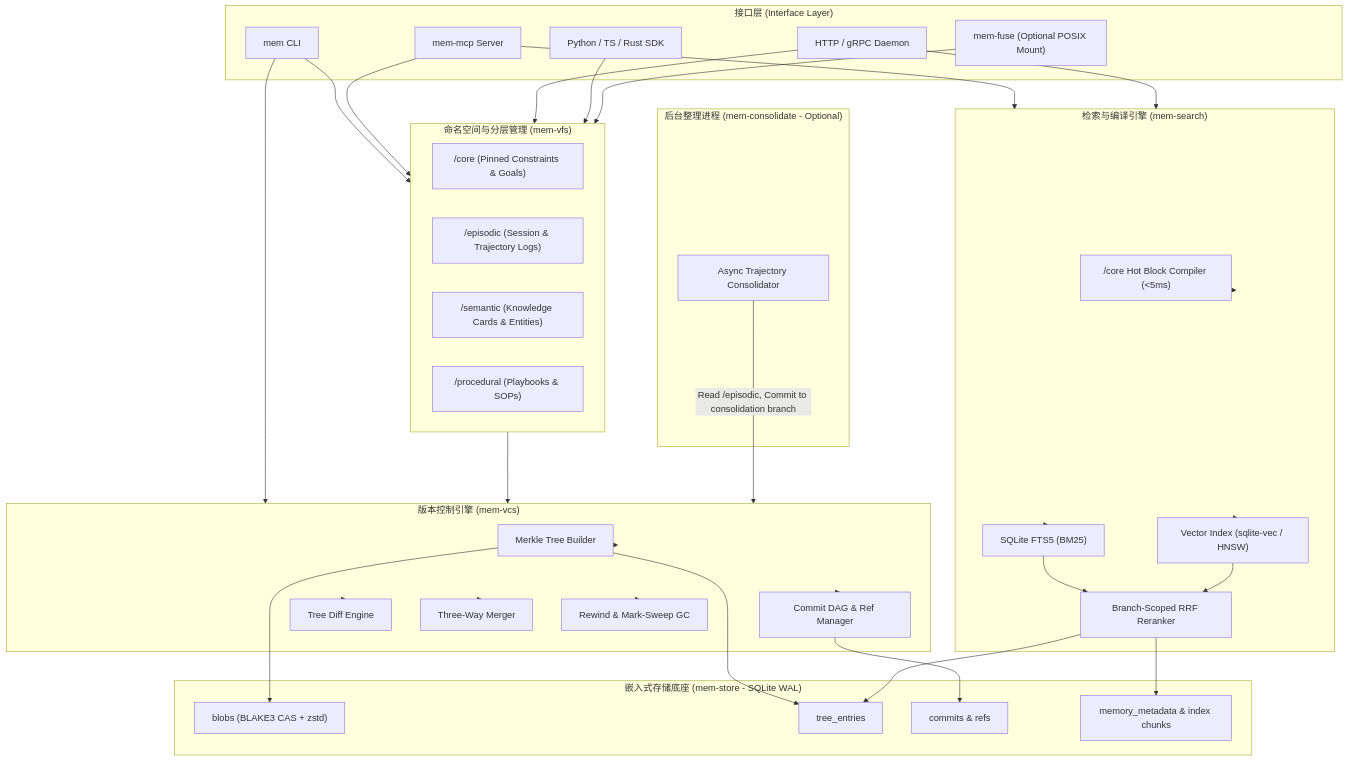
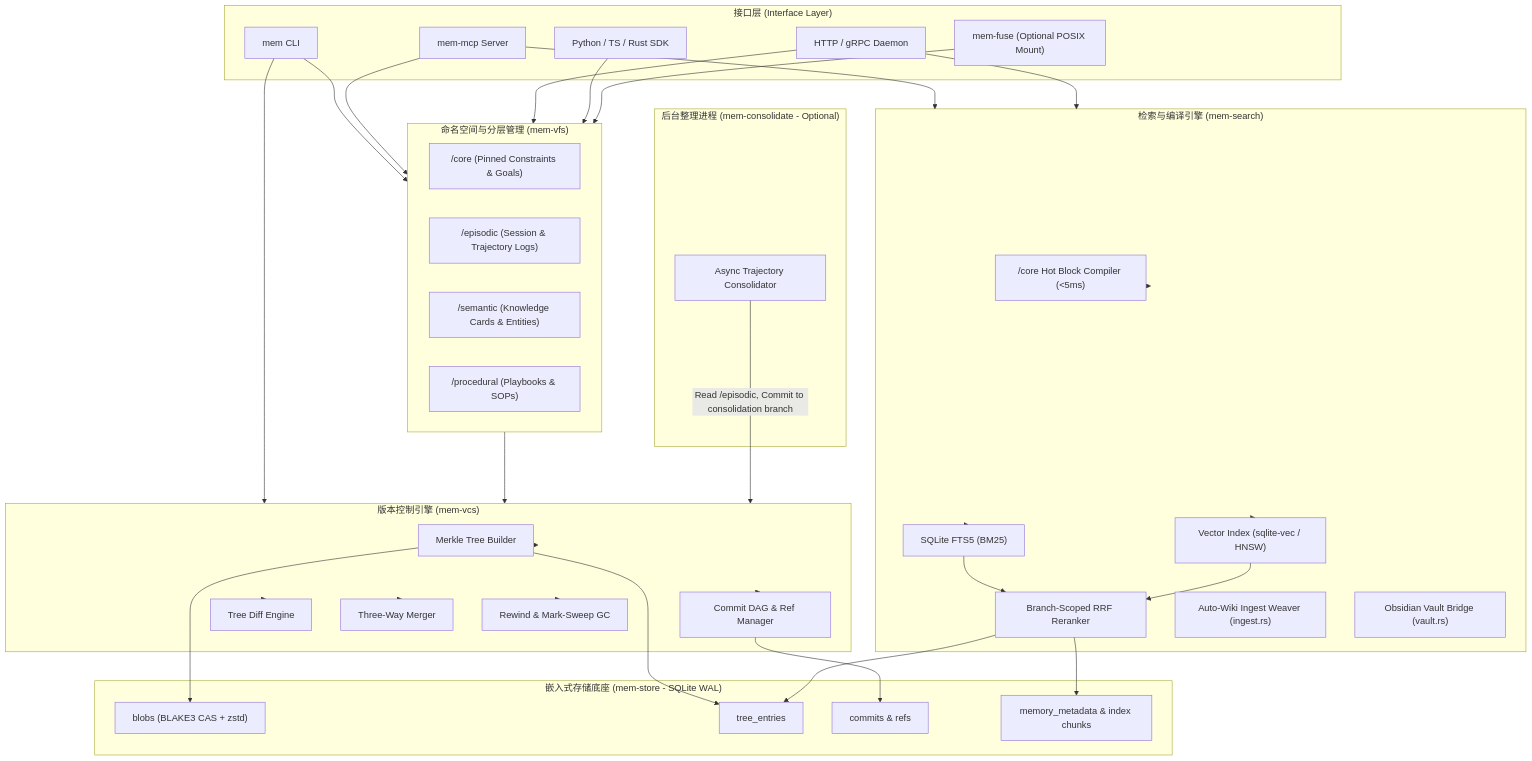
The first of 4 diagrams in docs/ARCHITECTURE.md (z23ng/engram), drawn with Mermaid before and after one commit. The commit also changed other lines of this file and 5 other files, not shown here.

Commit message:
docs: synchronize architecture, directory structure, deployment, roadmap, changelog, and user guide

````diff
--- a/docs/ARCHITECTURE.md
+++ b/docs/ARCHITECTURE.md
@@ -9,74 +9,76 @@
 ```mermaid
 flowchart TB
     subgraph Interface["接口层 (Interface Layer)"]
         CLI["mem CLI"]
         MCP["mem-mcp Server"]
         API["HTTP / gRPC Daemon"]
         SDK["Python / TS / Rust SDK"]
         FUSE["mem-fuse (Optional POSIX Mount)"]
     end
 
     subgraph VFS["命名空间与分层管理 (mem-vfs)"]
         CoreTier["/core (Pinned Constraints & Goals)"]
         EpisodicTier["/episodic (Session & Trajectory Logs)"]
         SemanticTier["/semantic (Knowledge Cards & Entities)"]
         ProceduralTier["/procedural (Playbooks & SOPs)"]
     end
 
     subgraph VCS["版本控制引擎 (mem-vcs)"]
         TreeBuilder["Merkle Tree Builder"]
         CommitDAG["Commit DAG & Ref Manager"]
         DiffEngine["Tree Diff Engine"]
         Merger["Three-Way Merger"]
         RewindGC["Rewind & Mark-Sweep GC"]
     end
 
     subgraph Search["检索与编译引擎 (mem-search)"]
         HotCompiler["/core Hot Block Compiler (<5ms)"]
         FTS["SQLite FTS5 (BM25)"]
         VecIdx["Vector Index (sqlite-vec / HNSW)"]
         RRF["Branch-Scoped RRF Reranker"]
+        Ingest["Auto-Wiki Ingest Weaver (ingest.rs)"]
+        Vault["Obsidian Vault Bridge (vault.rs)"]
     end
 
     subgraph Storage["嵌入式存储底座 (mem-store - SQLite WAL)"]
         Blobs["blobs (BLAKE3 CAS + zstd)"]
         Trees["tree_entries"]
         Commits["commits & refs"]
         MetaIdx["memory_metadata & index chunks"]
     end
 
     subgraph ColdPath["后台整理进程 (mem-consolidate - Optional)"]
         SleepWorker["Async Trajectory Consolidator"]
     end
 
     CLI --> VFS
     MCP --> VFS
     API --> VFS
     SDK --> VFS
     FUSE --> VFS
 
     MCP --> Search
     API --> Search
     CLI --> VCS
 
     VFS --> VCS
     VCS --> TreeBuilder
     VCS --> CommitDAG
     VCS --> DiffEngine
     VCS --> Merger
     VCS --> RewindGC
 
     TreeBuilder --> Blobs
     TreeBuilder --> Trees
     CommitDAG --> Commits
 
     Search --> HotCompiler
     Search --> FTS
     Search --> VecIdx
     FTS --> RRF
     VecIdx --> RRF
     RRF --> Trees
     RRF --> MetaIdx
 
     SleepWorker -->|"Read /episodic, Commit to consolidation branch"| VCS
 ```
````
